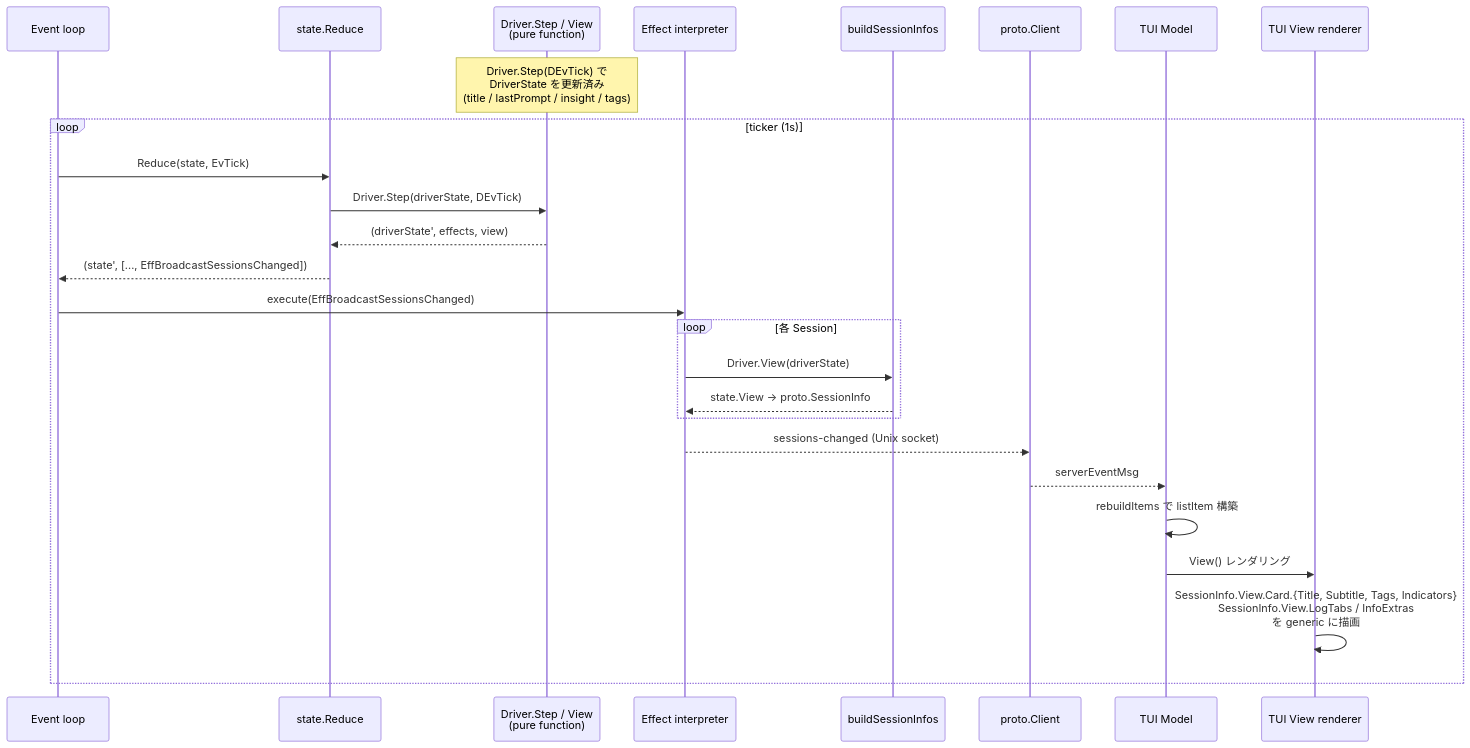
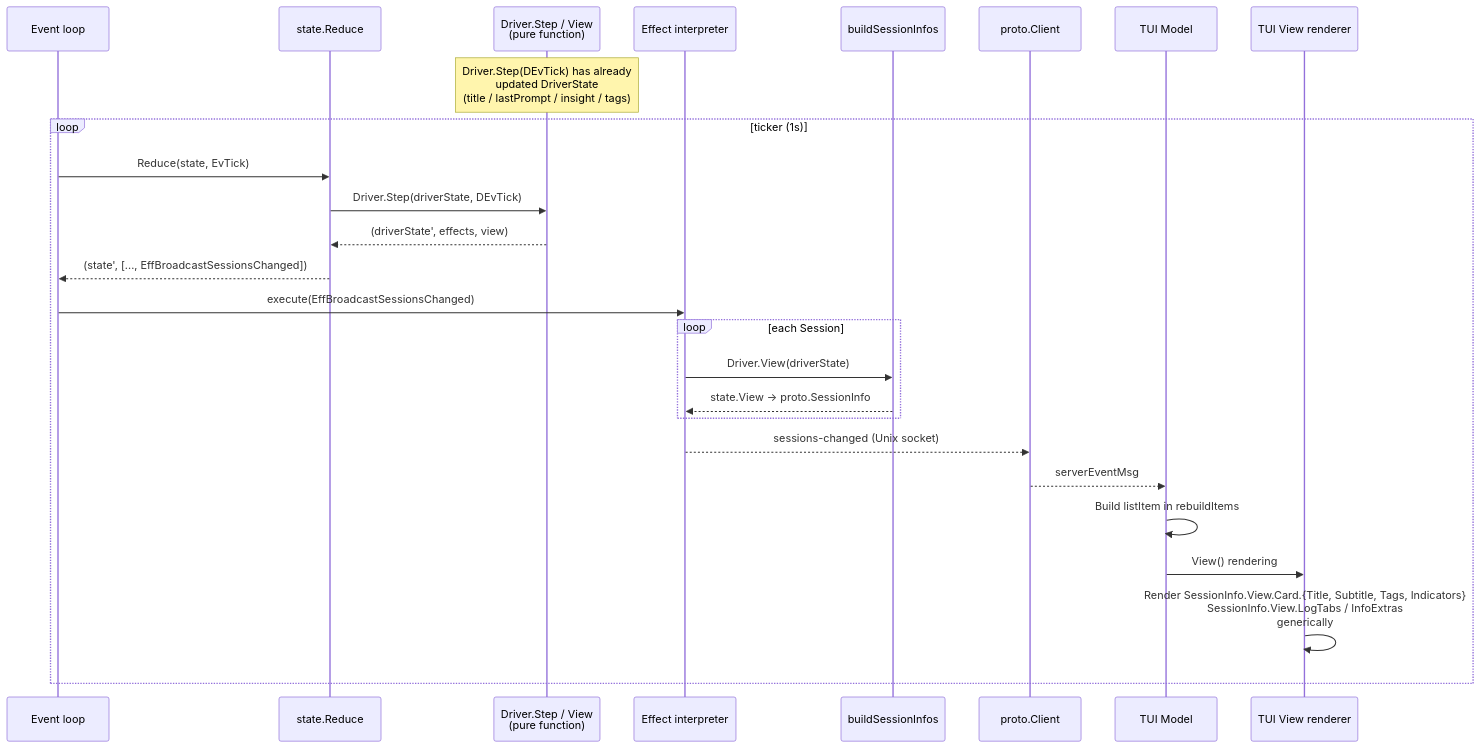
The diagram in docs/process-model.md (takezoh/agent-roost), drawn with Mermaid before and after one commit. The commit also changed other lines of this file and 7 other files, not shown here.

````diff
--- a/docs/process-model.md
+++ b/docs/process-model.md
@@ -54,30 +53,30 @@
 ```mermaid
 sequenceDiagram
     participant EL as Event loop
     participant Red as state.Reduce
     participant D as Driver.Step / View<br/>(pure function)
     participant Interp as Effect interpreter
     participant Bridge as buildSessionInfos
     participant Client as proto.Client
     participant Model as TUI Model
     participant Render as TUI View renderer
 
-    Note over D: Driver.Step(DEvTick) で<br/>DriverState を更新済み<br/>(title / lastPrompt / insight / tags)
+    Note over D: Driver.Step(DEvTick) has already<br/>updated DriverState<br/>(title / lastPrompt / insight / tags)
 
     loop ticker (1s)
         EL->>Red: Reduce(state, EvTick)
         Red->>D: Driver.Step(driverState, DEvTick)
         D-->>Red: (driverState', effects, view)
         Red-->>EL: (state', [..., EffBroadcastSessionsChanged])
         EL->>Interp: execute(EffBroadcastSessionsChanged)
-        loop 各 Session
+        loop each Session
             Interp->>Bridge: Driver.View(driverState)
             Bridge-->>Interp: state.View → proto.SessionInfo
         end
         Interp-->>Client: sessions-changed (Unix socket)
         Client-->>Model: serverEventMsg
-        Model->>Model: rebuildItems で listItem 構築
-        Model->>Render: View() レンダリング
-        Render->>Render: SessionInfo.View.Card.{Title, Subtitle, Tags, Indicators}<br/>SessionInfo.View.LogTabs / InfoExtras<br/>を generic に描画
+        Model->>Model: Build listItem in rebuildItems
+        Model->>Render: View() rendering
+        Render->>Render: Render SessionInfo.View.Card.{Title, Subtitle, Tags, Indicators}<br/>SessionInfo.View.LogTabs / InfoExtras<br/>generically
     end
 ```
````
